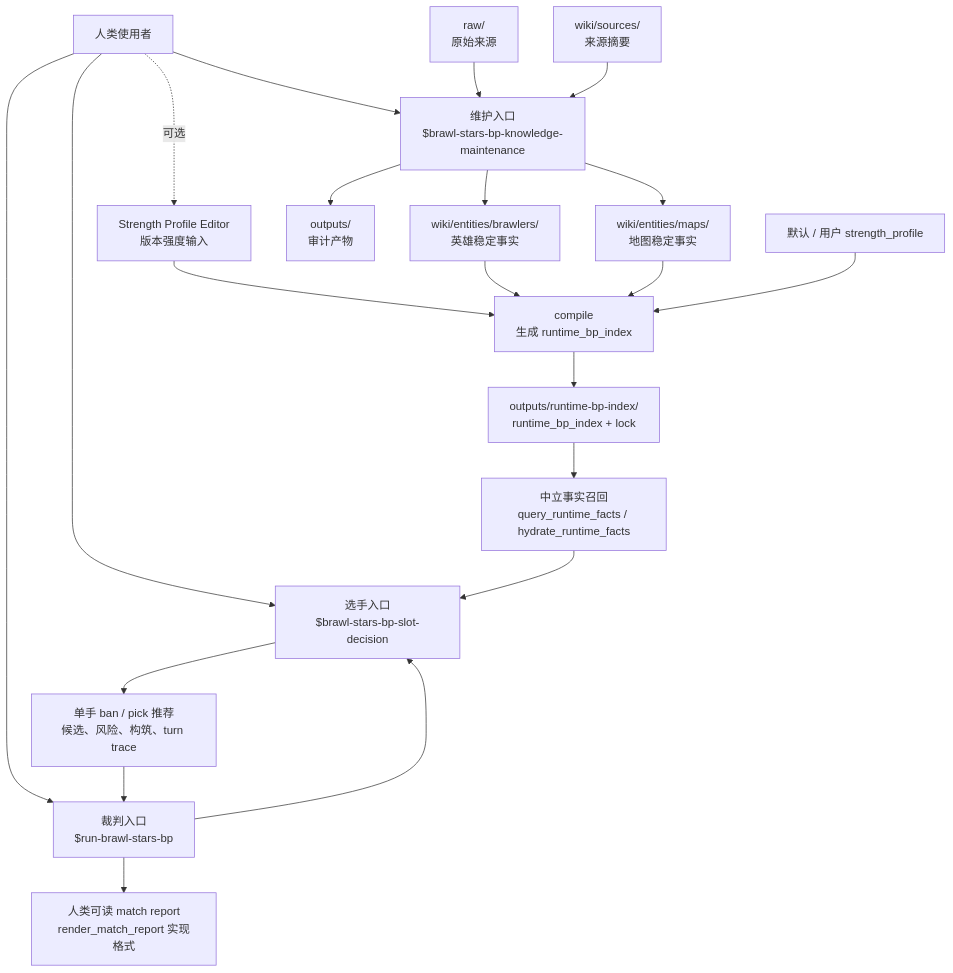
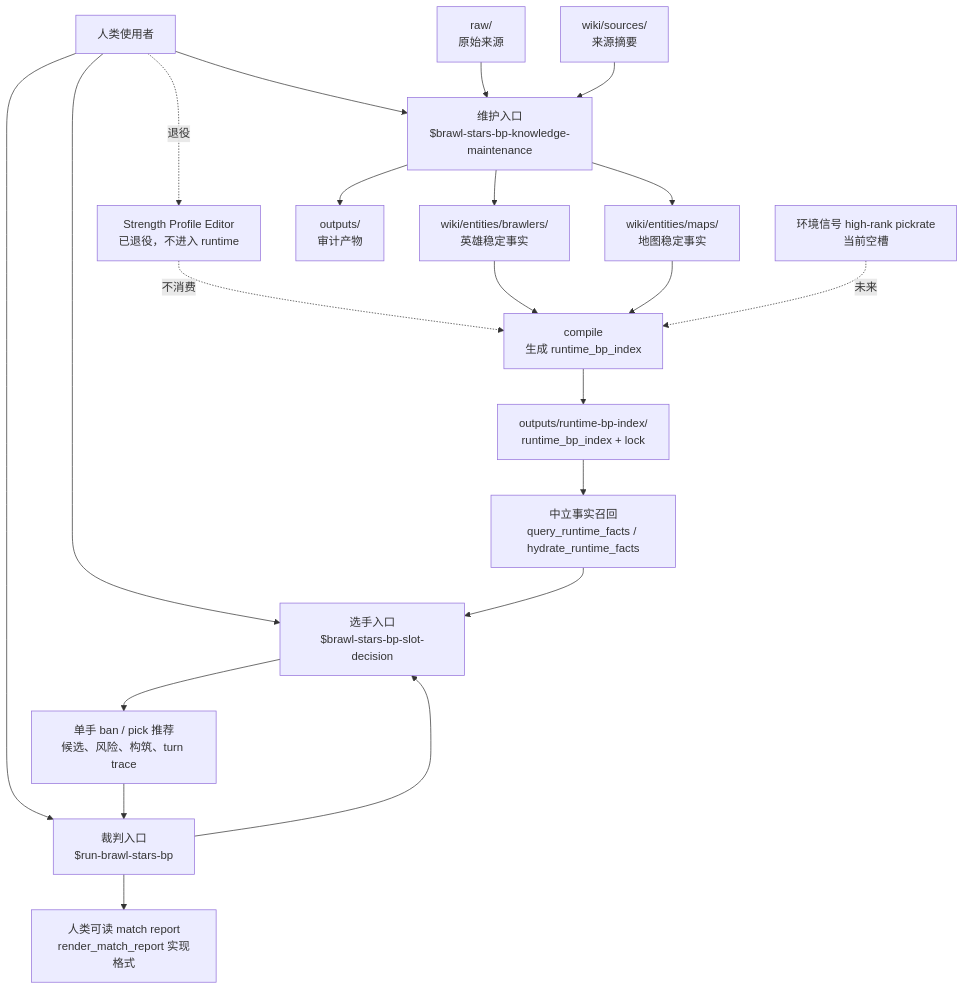
One commit to josephmax/brawlstar-wiki changed the diagram in README.md. Above: the diagram before and after it, drawn with Mermaid. The commit also changed other lines of this file and 28 other files, not shown here.

First line of the commit message:
brawlstar: remove strength/tier layer, adopt high-rank pickrate empty slot

````diff
--- a/README.md
+++ b/README.md
@@ -98,27 +94,27 @@
 ```mermaid
 flowchart TD
   U["人类使用者"] --> M["维护入口<br/>$brawl-stars-bp-knowledge-maintenance"]
   U --> P["选手入口<br/>$brawl-stars-bp-slot-decision"]
   U --> J["裁判入口<br/>$run-brawl-stars-bp"]
-  U -.可选.-> E["Strength Profile Editor<br/>版本强度输入"]
+  U -.退役.-> E["Strength Profile Editor<br/>已退役，不进入 runtime"]
 
   R["raw/<br/>原始来源"] --> M
   S["wiki/sources/<br/>来源摘要"] --> M
   M --> B["wiki/entities/brawlers/<br/>英雄稳定事实"]
   M --> A["wiki/entities/maps/<br/>地图稳定事实"]
   M --> O["outputs/<br/>审计产物"]
 
-  E --> C["compile<br/>生成 runtime_bp_index"]
+  E -.不消费.-> C["compile<br/>生成 runtime_bp_index"]
   B --> C
   A --> C
-  D["默认 / 用户 strength_profile"] --> C
+  D["环境信号 high-rank pickrate<br/>当前空槽"] -.未来.-> C
   C --> I["outputs/runtime-bp-index/<br/>runtime_bp_index + lock"]
 
   I --> Q["中立事实召回<br/>query_runtime_facts / hydrate_runtime_facts"]
   Q --> P
   P --> X["单手 ban / pick 推荐<br/>候选、风险、构筑、turn trace"]
 
   J --> P
   X --> J
   J --> H["人类可读 match report<br/>render_match_report 实现格式"]
 ```
````
